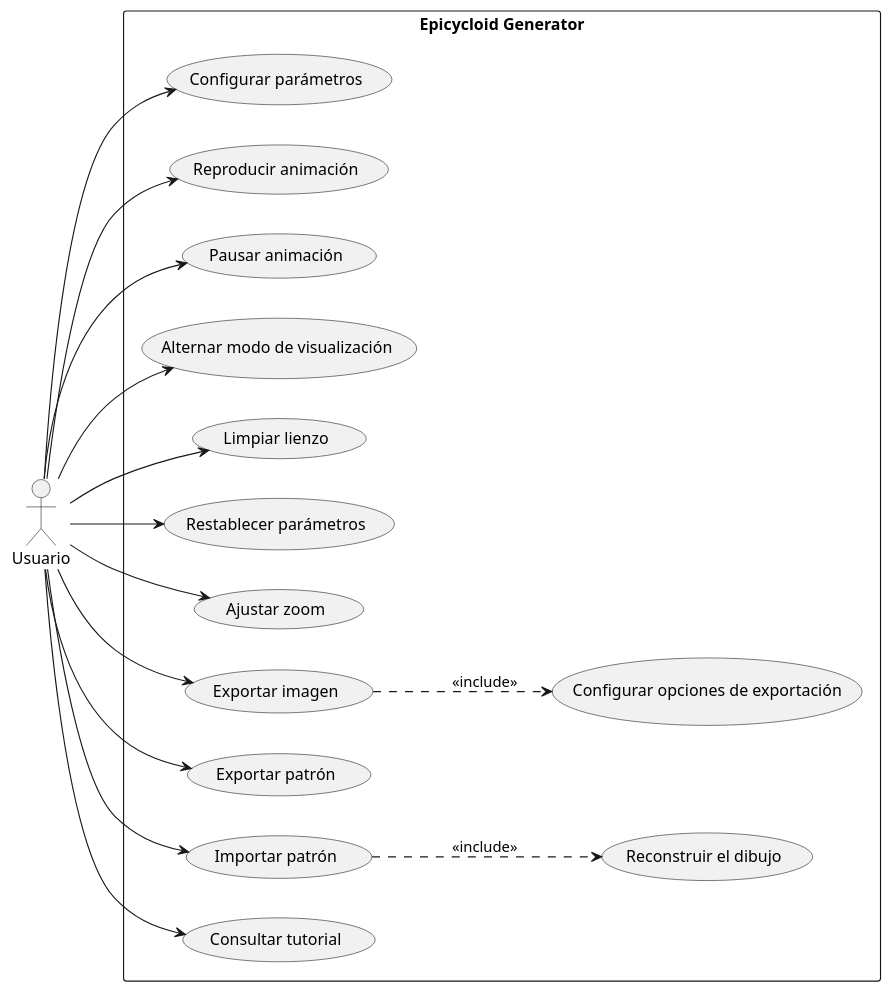
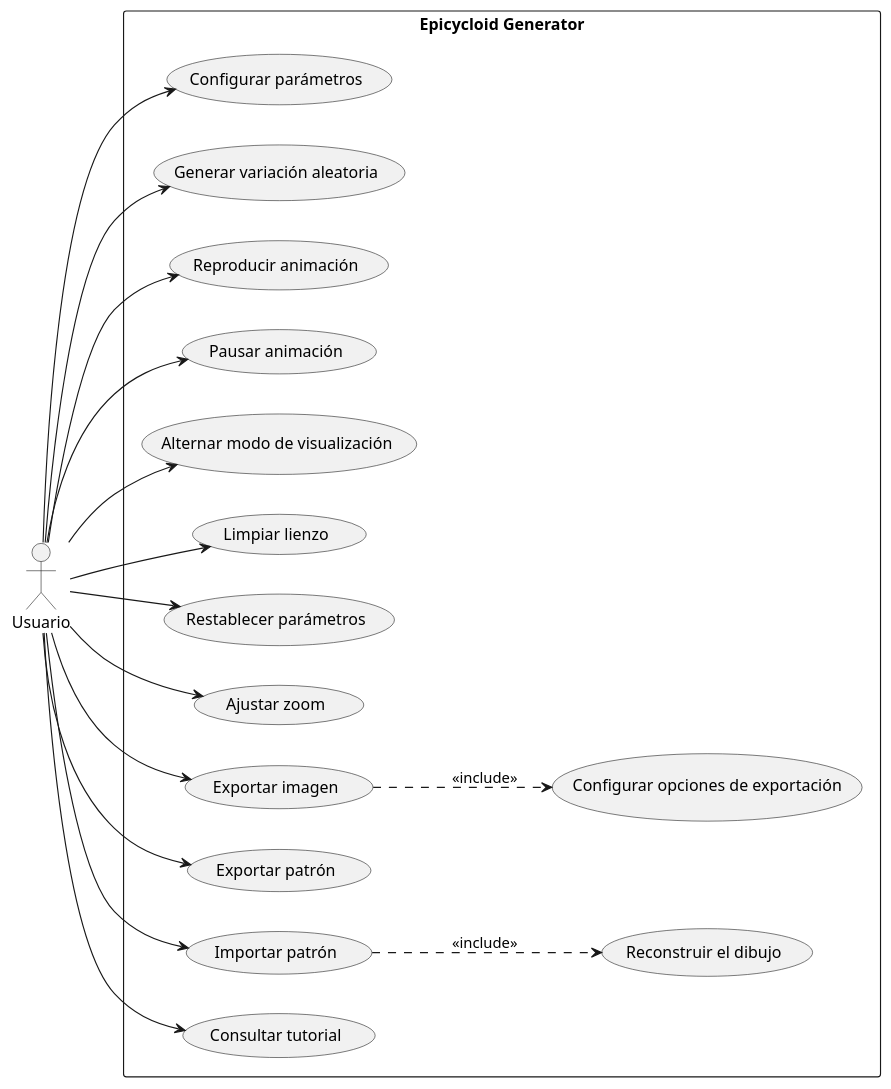
One commit to IgnacioMol/Epicycloid_generator changed the first of 3 diagrams in claude/memoria-cap4-analisis.md. Above: the diagram before and after it, drawn with PlantUML. The commit also changed other lines of this file and 1 other file, not shown here.

````diff
--- a/claude/memoria-cap4-analisis.md
+++ b/claude/memoria-cap4-analisis.md
@@ -306,38 +320,40 @@
 ```plantuml
 @startuml CasosDeUso
 left to right direction
 skinparam packageStyle rectangle
 actor Usuario as U
 
 rectangle "Epicycloid Generator" {
   usecase "Configurar parámetros" as CU1
+  usecase "Generar variación aleatoria" as CU12
   usecase "Reproducir animación" as CU2
   usecase "Pausar animación" as CU3
   usecase "Alternar modo de visualización" as CU4
   usecase "Limpiar lienzo" as CU5
   usecase "Restablecer parámetros" as CU6
   usecase "Ajustar zoom" as CU7
   usecase "Exportar imagen" as CU8
   usecase "Configurar opciones de exportación" as CU8b
   usecase "Exportar patrón" as CU9
   usecase "Importar patrón" as CU10
   usecase "Reconstruir el dibujo" as CU10b
   usecase "Consultar tutorial" as CU11
 }
 
 U --> CU1
+U --> CU12
 U --> CU2
 U --> CU3
 U --> CU4
 U --> CU5
 U --> CU6
 U --> CU7
 U --> CU8
 U --> CU9
 U --> CU10
 U --> CU11
 
 CU8 ..> CU8b : <<include>>
 CU10 ..> CU10b : <<include>>
 @enduml
 ```
````
